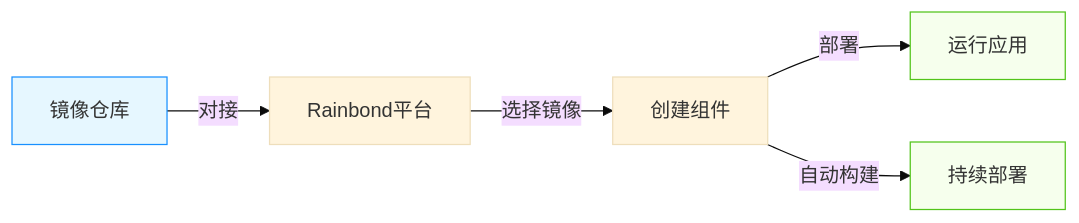
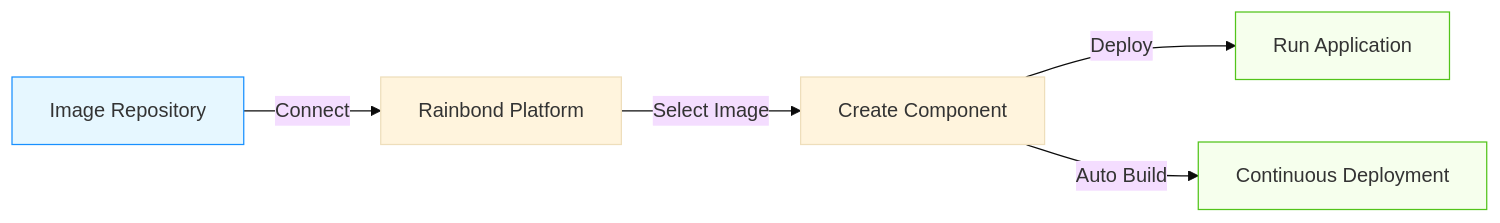
One commit to goodrain/rainbond-docs changed the diagram in docs/how-to-guides/app-deploy/image/via-registry-deploy.md. Above: the diagram before and after it, drawn with Mermaid (base theme). The commit also changed other lines of this file and 855 other files, not shown here.

````diff
--- a/docs/how-to-guides/app-deploy/image/via-registry-deploy.md
+++ b/docs/how-to-guides/app-deploy/image/via-registry-deploy.md
@@ -15,11 +14,11 @@
 ```mermaid
 flowchart LR
-    A[镜像仓库] -->|对接| B[Rainbond平台]
-    B -->|选择镜像| C[创建组件]
-    C -->|部署| D[运行应用]
-    C -->|自动构建| E[持续部署]
+    A[Image Repository] -->|Connect| B[Rainbond Platform]
+    B -->|Select Image| C[Create Component]
+    C -->|Deploy| D[Run Application]
+    C -->|Auto Build| E[Continuous Deployment]
     
     style A fill:#e6f7ff,stroke:#1890ff
     style D fill:#f6ffed,stroke:#52c41a
     style E fill:#f6ffed,stroke:#52c41a
 ```
````
